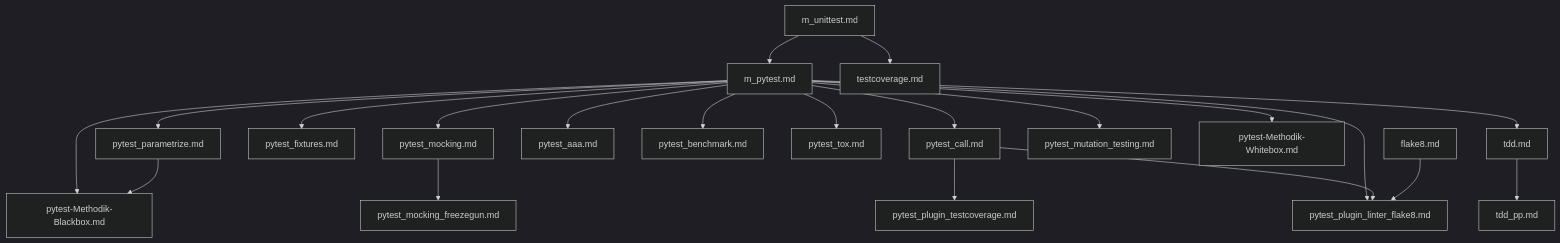
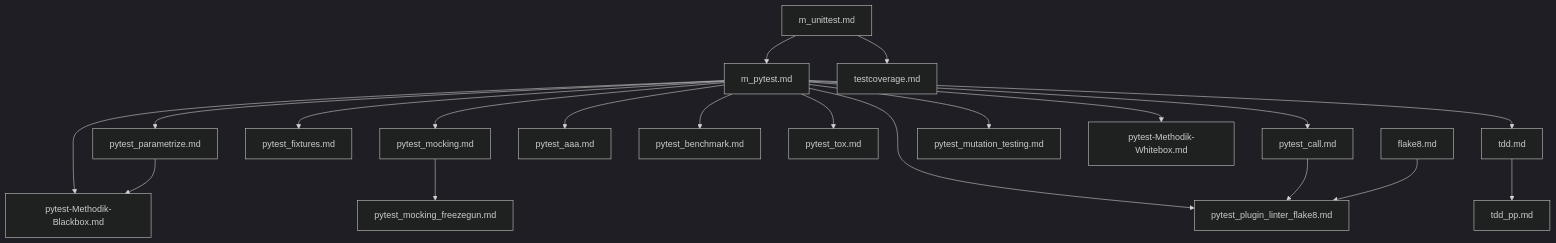
The diagram in ch/Testen/Unittests/index.md (fubinf/propra-inf), drawn with Mermaid (dark theme) before and after one commit. The commit also changed other lines of this file and 2 other files, not shown here.

Commit message:
ch/Testen/Unittests/testcoverage.md: removed broken references
Fixes #146

````diff
--- a/ch/Testen/Unittests/index.md
+++ b/ch/Testen/Unittests/index.md
@@ -14,43 +14,41 @@
 ```mermaid
 graph TD
     m_unittest["m_unittest.md"]
     m_pytest["m_pytest.md"]
     pytest_parametrize["pytest_parametrize.md"]
     pytest_mocking["pytest_mocking.md"]
     pytest_fixtures["pytest_fixtures.md"]
     pytest_call["pytest_call.md"]
-    pytest_plugin_testcoverage["pytest_plugin_testcoverage.md"]
     pytest_plugin_linter_flake8["pytest_plugin_linter_flake8.md"]
     pytest_aaa["pytest_aaa.md"]
     pytest_benchmark["pytest_benchmark.md"]
     pytest_tox["pytest_tox.md"]
     tdd["tdd.md"]
     tdd_pp["tdd_pp.md"]
     testcoverage["testcoverage.md"]
     pytest_mocking_freezegun["pytest_mocking_freezegun.md"]
     pytest_mutation_testing["pytest_mutation_testing.md"]
     pytest_methodik_blackbox["pytest-Methodik-Blackbox.md"]
     pytest_methodik_whitebox["pytest-Methodik-Whitebox.md"]
     flake8["flake8.md"]
 
     m_unittest --> m_pytest
     m_unittest --> testcoverage
     m_pytest --> pytest_parametrize
     m_pytest --> pytest_mocking
     m_pytest --> pytest_fixtures
     m_pytest --> pytest_call
     m_pytest --> pytest_aaa
     m_pytest --> pytest_benchmark
     m_pytest --> pytest_tox
     m_pytest --> tdd
     m_pytest --> pytest_mutation_testing
     m_pytest --> pytest_methodik_blackbox
     m_pytest --> pytest_methodik_whitebox
     m_pytest --> pytest_plugin_linter_flake8
-    pytest_call --> pytest_plugin_testcoverage
     pytest_call --> pytest_plugin_linter_flake8
     flake8 --> pytest_plugin_linter_flake8
     pytest_mocking --> pytest_mocking_freezegun
     pytest_parametrize --> pytest_methodik_blackbox
     tdd --> tdd_pp
 ```
````
